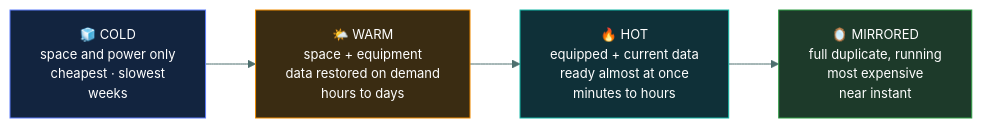
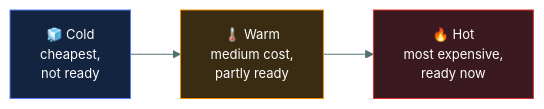
The first of 3 diagrams in 02-security-governance/disaster-recovery/README.md (tarunTejaDesireddy/cc-exam-prep), drawn with Mermaid before and after one commit. The commit also changed other lines of this file and 1 other file, not shown here.

First line of the commit message:
Rewrite Disaster Recovery with hot/warm/cold sites and the 5 test types

````diff
--- a/02-security-governance/disaster-recovery/README.md
+++ b/02-security-governance/disaster-recovery/README.md
@@ -81,12 +43,10 @@
 ```mermaid
-%%{init: {'theme':'base','themeVariables':{'fontSize':'13px','lineColor':'#4d6f6e','textColor':'#dbe7e6'}}}%%
+%%{init: {'theme':'base','themeVariables':{'fontFamily':'Segoe UI, Helvetica Neue, Arial, sans-serif','fontSize':'13px','lineColor':'#4d6f6e','textColor':'#dbe7e6'}}}%%
 flowchart LR
-    C["🧊 COLD<br/>space and power only<br/>cheapest · slowest<br/>weeks"] --> W["🌤️ WARM<br/>space + equipment<br/>data restored on demand<br/>hours to days"]
-    W --> H["🔥 HOT<br/>equipped + current data<br/>ready almost at once<br/>minutes to hours"]
-    H --> M["🪞 MIRRORED<br/>full duplicate, running<br/>most expensive<br/>near instant"]
+    COLD["🧊 Cold<br/>cheapest,<br/>not ready"] --> WARM["🌡️ Warm<br/>medium cost,<br/>partly ready"]
+    WARM --> HOT["🔥 Hot<br/>most expensive,<br/>ready now"]
 
-    style C fill:#12243f,stroke:#5C7CFA,color:#fff
-    style W fill:#3a2c12,stroke:#F08C00,color:#fff
-    style H fill:#0f3038,stroke:#12B5A5,color:#fff
-    style M fill:#1d3a2a,stroke:#2F9E44,color:#fff
+    style COLD fill:#12243f,stroke:#5C7CFA,color:#fff
+    style WARM fill:#3a2c12,stroke:#F08C00,color:#fff
+    style HOT fill:#3a1a20,stroke:#E03131,color:#fff
 ```
````
